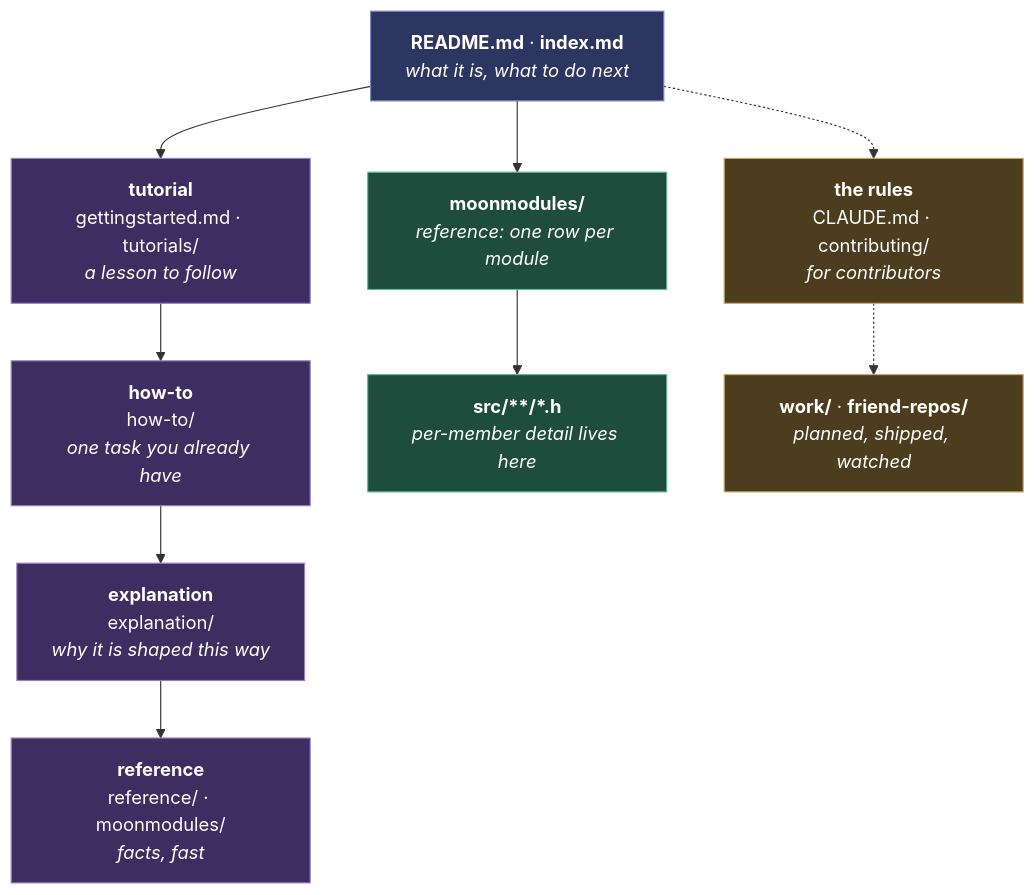
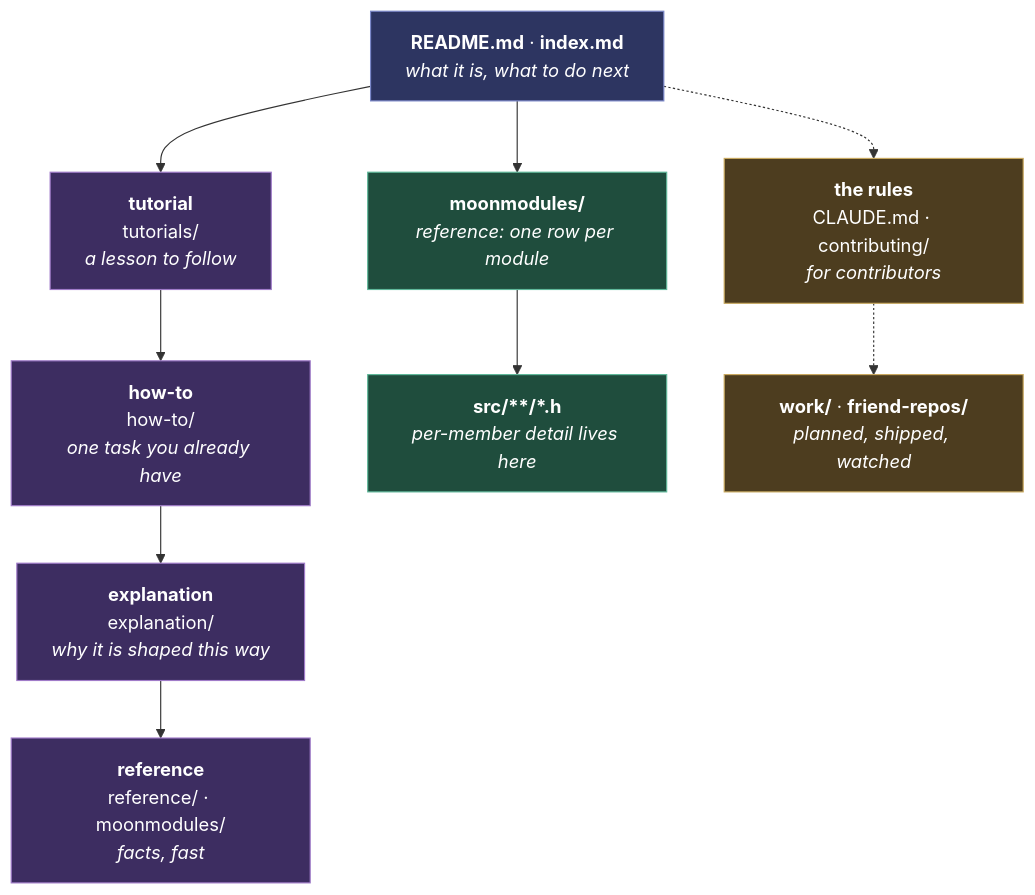
The first of 2 diagrams in docs/contributing/documentation-standards.md (MoonModules/MoonLight), drawn with Mermaid before and after one commit. The commit also changed other lines of this file and 69 other files, not shown here.

````diff
--- a/docs/contributing/documentation-standards.md
+++ b/docs/contributing/documentation-standards.md
@@ -13,29 +13,29 @@
 ```mermaid
 flowchart TB
     entry["<b>README.md</b> · <b>index.md</b><br/><i>what it is, what to do next</i>"]
 
-    tut["<b>tutorial</b><br/>gettingstarted.md · tutorials/<br/><i>a lesson to follow</i>"]
+    tut["<b>tutorial</b><br/>tutorials/<br/><i>a lesson to follow</i>"]
     how["<b>how-to</b><br/>how-to/<br/><i>one task you already have</i>"]
     exp["<b>explanation</b><br/>explanation/<br/><i>why it is shaped this way</i>"]
     ref["<b>reference</b><br/>reference/ · moonmodules/<br/><i>facts, fast</i>"]
 
     mod["<b>moonmodules/</b><br/><i>reference: one row per module</i>"]
     hdr["<b>src/**/*.h</b><br/><i>per-member detail lives here</i>"]
 
     rules["<b>the rules</b><br/>CLAUDE.md · contributing/<br/><i>for contributors</i>"]
     outside["<b>work/</b> · <b>friend-repos/</b><br/><i>planned, shipped, watched</i>"]
 
     entry --> tut --> how --> exp --> ref
     entry --> mod --> hdr
     entry -.-> rules
     rules -.-> outside
 
     classDef entryCell fill:#2d3561,stroke:#7b88c9,color:#fff
     classDef diataxis fill:#3d2d61,stroke:#a07bc9,color:#fff
     classDef generated fill:#1f4d3d,stroke:#5fb89a,color:#fff
     classDef outsideGrid fill:#4d3d1f,stroke:#c9a95f,color:#fff
     class entry entryCell
     class tut,how,exp,ref diataxis
     class mod,hdr generated
     class rules,outside outsideGrid
 ```
````
